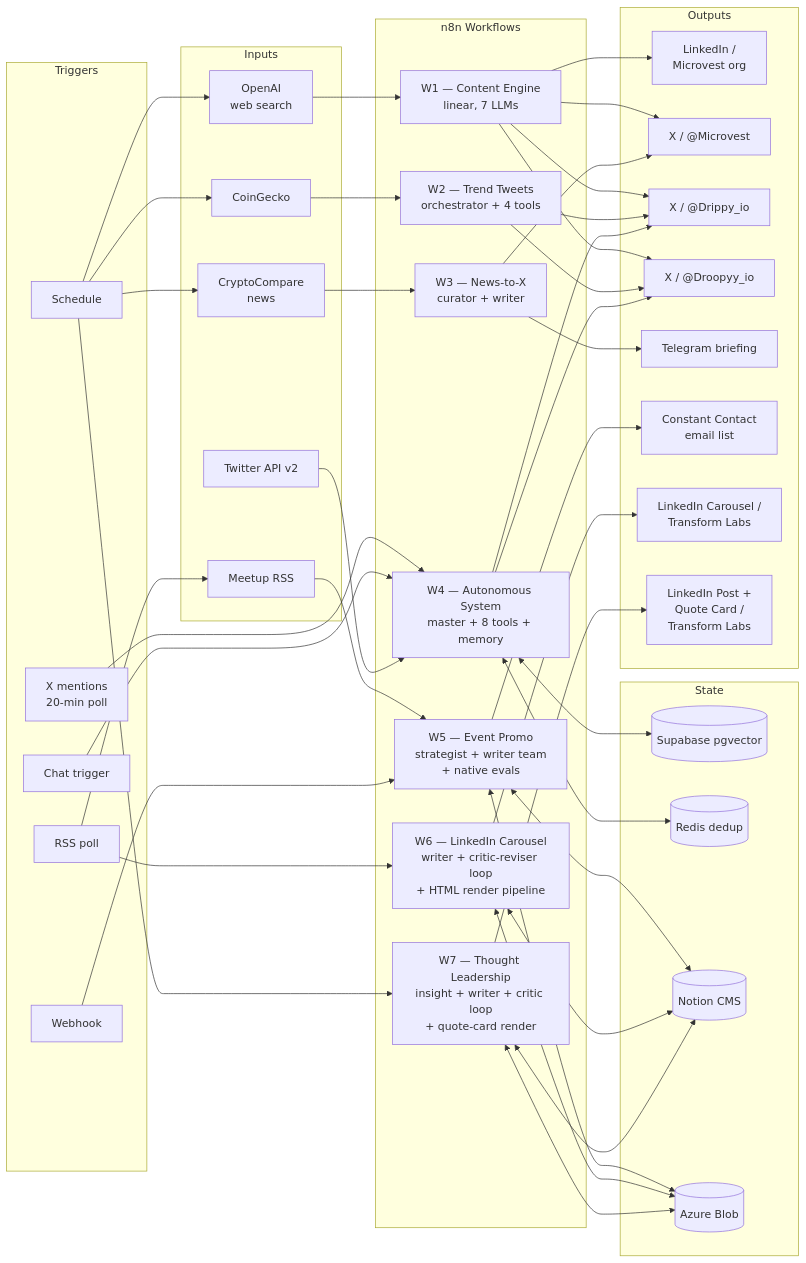
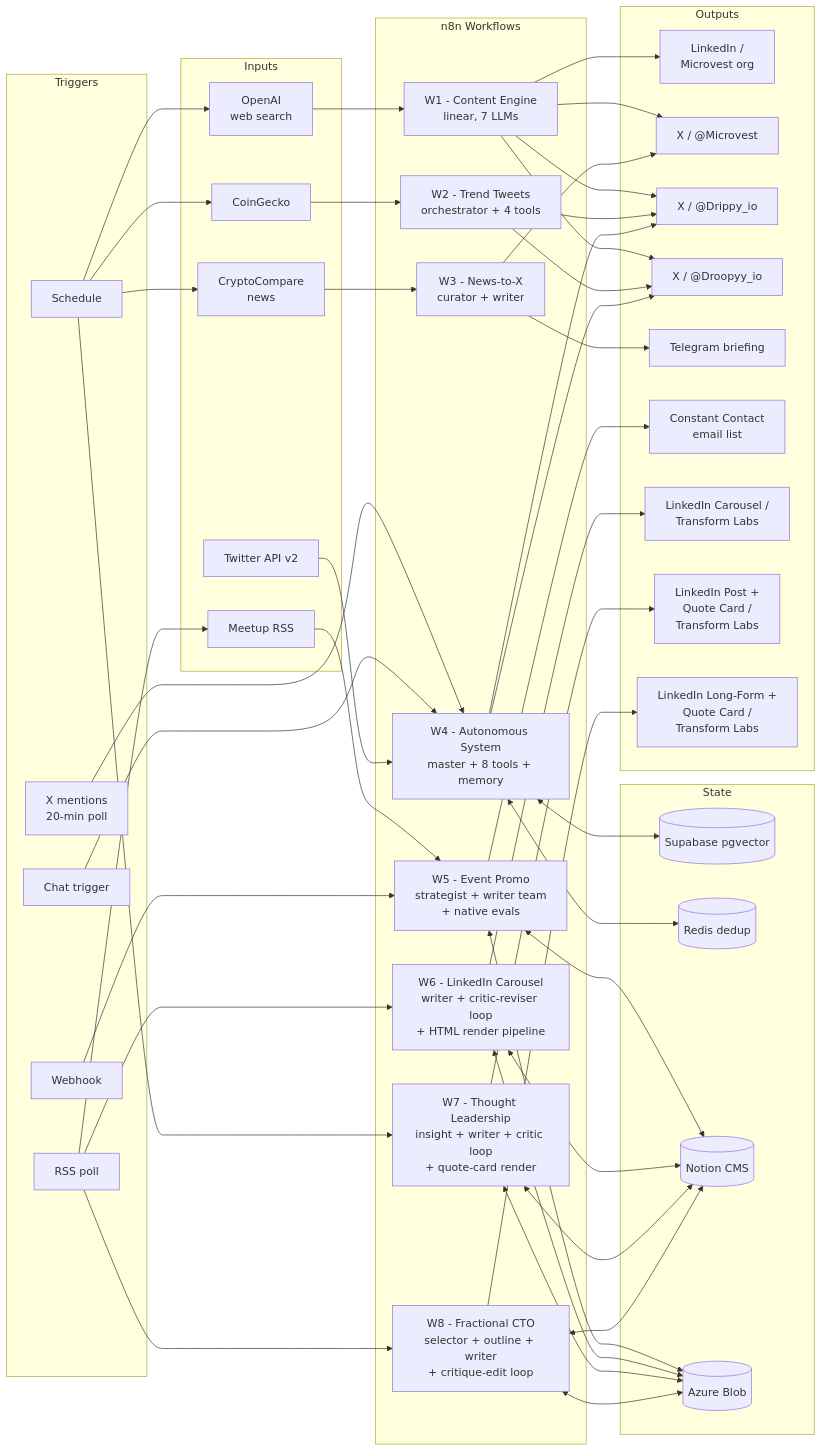
The diagram in README.md (Talonsturgill/Automations), drawn with Mermaid before and after one commit. The commit also changed other lines of this file and 2 other files, not shown here.

Commit message:
Document W8 — Fractional CTO Engine + fix system-view diagram render (#4)
New deep-dive at docs/workflows/transform-labs-fractional-cto-linkedin.md (216 lines), W8 entry in top-level README workflows list / system-view diagram / "What this demonstrates" / Stack table, W8 row in workflows/README import index. Defensive rewrite of the system-view Mermaid diagram (quoted labels, ASCII hyphens, expanded edges, renamed "out" to "outputs") to fix the GitHub render.

````diff
--- a/README.md
+++ b/README.md
@@ -45,71 +49,88 @@
 ```mermaid
 flowchart LR
-    subgraph triggers[Triggers]
-        S1[Schedule]
-        MENT[X mentions<br/>20-min poll]
-        CHAT[Chat trigger]
-        RSS[RSS poll]
-        WH[Webhook]
+    subgraph triggers["Triggers"]
+        S1["Schedule"]
+        MENT["X mentions<br/>20-min poll"]
+        CHAT["Chat trigger"]
+        RSS["RSS poll"]
+        WH["Webhook"]
     end
 
-    subgraph sources[Inputs]
-        WEB[OpenAI<br/>web search]
-        CG[CoinGecko]
-        CC[CryptoCompare<br/>news]
-        TW[Twitter API v2]
-        MEET[Meetup RSS]
+    subgraph sources["Inputs"]
+        WEB["OpenAI<br/>web search"]
+        CG["CoinGecko"]
+        CC["CryptoCompare<br/>news"]
+        TW["Twitter API v2"]
+        MEET["Meetup RSS"]
     end
 
-    subgraph engines[n8n Workflows]
-        W1[W1 — Content Engine<br/>linear, 7 LLMs]
-        W2[W2 — Trend Tweets<br/>orchestrator + 4 tools]
-        W3[W3 — News-to-X<br/>curator + writer]
-        W4[W4 — Autonomous System<br/>master + 8 tools + memory]
-        W5[W5 — Event Promo<br/>strategist + writer team<br/>+ native evals]
-        W6[W6 — LinkedIn Carousel<br/>writer + critic-reviser loop<br/>+ HTML render pipeline]
-        W7[W7 — Thought Leadership<br/>insight + writer + critic loop<br/>+ quote-card render]
+    subgraph engines["n8n Workflows"]
+        W1["W1 - Content Engine<br/>linear, 7 LLMs"]
+        W2["W2 - Trend Tweets<br/>orchestrator + 4 tools"]
+        W3["W3 - News-to-X<br/>curator + writer"]
+        W4["W4 - Autonomous System<br/>master + 8 tools + memory"]
+        W5["W5 - Event Promo<br/>strategist + writer team<br/>+ native evals"]
+        W6["W6 - LinkedIn Carousel<br/>writer + critic-reviser loop<br/>+ HTML render pipeline"]
+        W7["W7 - Thought Leadership<br/>insight + writer + critic loop<br/>+ quote-card render"]
+        W8["W8 - Fractional CTO<br/>selector + outline + writer<br/>+ critique-edit loop"]
     end
 
-    subgraph memory[State]
-        PG[(Supabase pgvector)]
-        RD[(Redis dedup)]
-        NOT[(Notion CMS)]
-        BLOB[(Azure Blob)]
+    subgraph memory["State"]
+        PG[("Supabase pgvector")]
+        RD[("Redis dedup")]
+        NOT[("Notion CMS")]
+        BLOB[("Azure Blob")]
     end
 
-    subgraph out[Outputs]
-        LI[LinkedIn /<br/>Microvest org]
-        TM[X / @Microvest]
-        TD[X / @Drippy_io]
-        TY[X / @Droopyy_io]
-        TG[Telegram briefing]
-        EM[Constant Contact<br/>email list]
-        LC[LinkedIn Carousel /<br/>Transform Labs]
-        LT[LinkedIn Post +<br/>Quote Card /<br/>Transform Labs]
+    subgraph outputs["Outputs"]
+        LI["LinkedIn /<br/>Microvest org"]
+        TM["X / @Microvest"]
+        TD["X / @Drippy_io"]
+        TY["X / @Droopyy_io"]
+        TG["Telegram briefing"]
+        EM["Constant Contact<br/>email list"]
+        LC["LinkedIn Carousel /<br/>Transform Labs"]
+        LT["LinkedIn Post +<br/>Quote Card /<br/>Transform Labs"]
+        LF["LinkedIn Long-Form +<br/>Quote Card /<br/>Transform Labs"]
     end
 
-    S1 --> WEB & CG & CC
+    S1 --> WEB
+    S1 --> CG
+    S1 --> CC
+    S1 --> W7
     RSS --> MEET
-    WEB --> W1 --> LI & TM & TD & TY
-    CG --> W2 --> TD & TY
-    CC --> W3 --> TM & TG
+    RSS --> W6
+    RSS --> W8
+    WEB --> W1
+    CG --> W2
+    CC --> W3
     MENT --> W4
     CHAT --> W4
     TW --> W4
+    MEET --> W5
+    WH --> W5
+    W1 --> LI
+    W1 --> TM
+    W1 --> TD
+    W1 --> TY
+    W2 --> TD
+    W2 --> TY
+    W3 --> TM
+    W3 --> TG
     W4 <--> PG
     W4 <--> RD
-    W4 --> TD & TY
-    MEET --> W5
-    WH --> W5
+    W4 --> TD
+    W4 --> TY
     W5 <--> NOT
     W5 <--> BLOB
     W5 --> EM
-    RSS --> W6
     W6 <--> NOT
     W6 <--> BLOB
     W6 --> LC
-    S1 --> W7
     W7 <--> NOT
     W7 <--> BLOB
     W7 --> LT
+    W8 <--> NOT
+    W8 <--> BLOB
+    W8 --> LF
 ```
````
